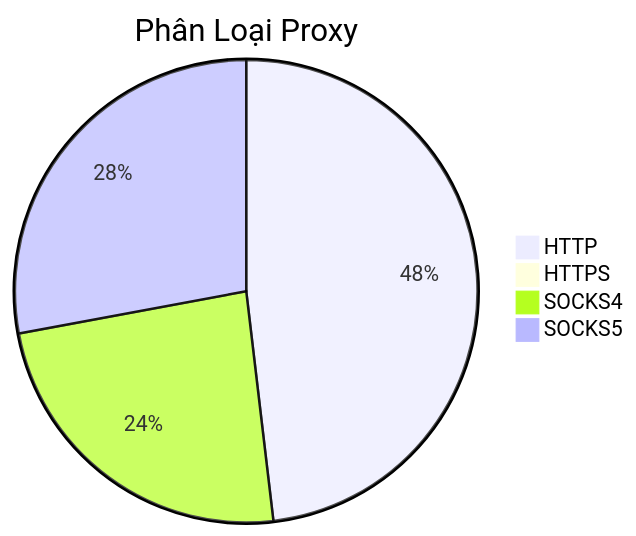
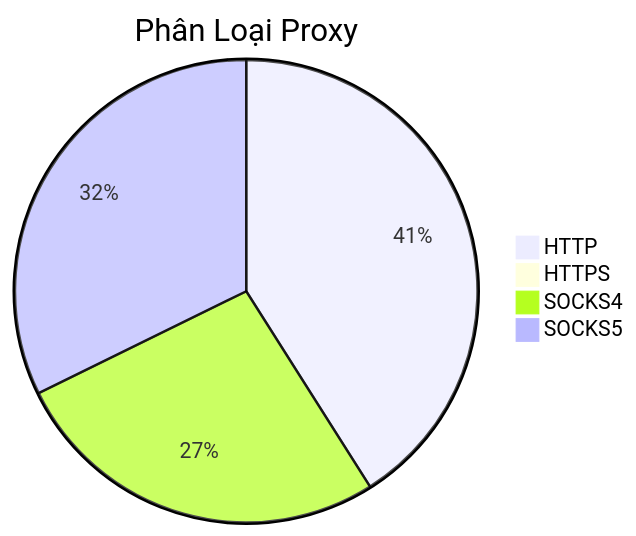
Before and after one commit to Ciara-12/PROXY-free: the diagram in README.md, drawn with Mermaid. The commit also changed other lines of this file and 3 other files, not shown here.

````diff
--- a/README.md
+++ b/README.md
@@ -26,7 +26,7 @@
 ```mermaid
 pie title Phân Loại Proxy
-    "HTTP" : 667
+    "HTTP" : 422
     "HTTPS" : 0
-    "SOCKS4" : 332
-    "SOCKS5" : 387
+    "SOCKS4" : 275
+    "SOCKS5" : 332
 ```
````
